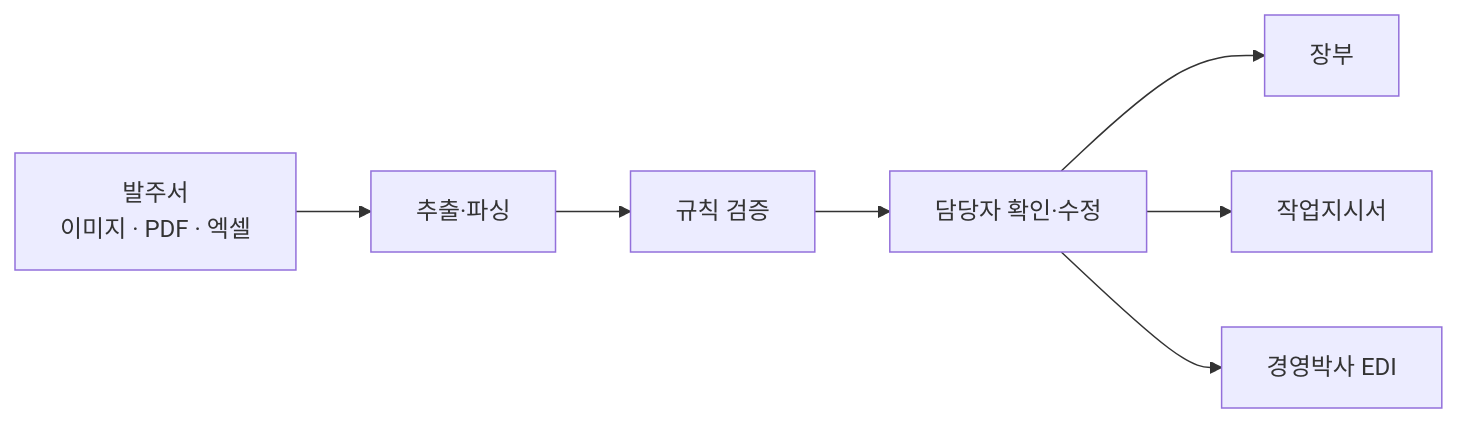
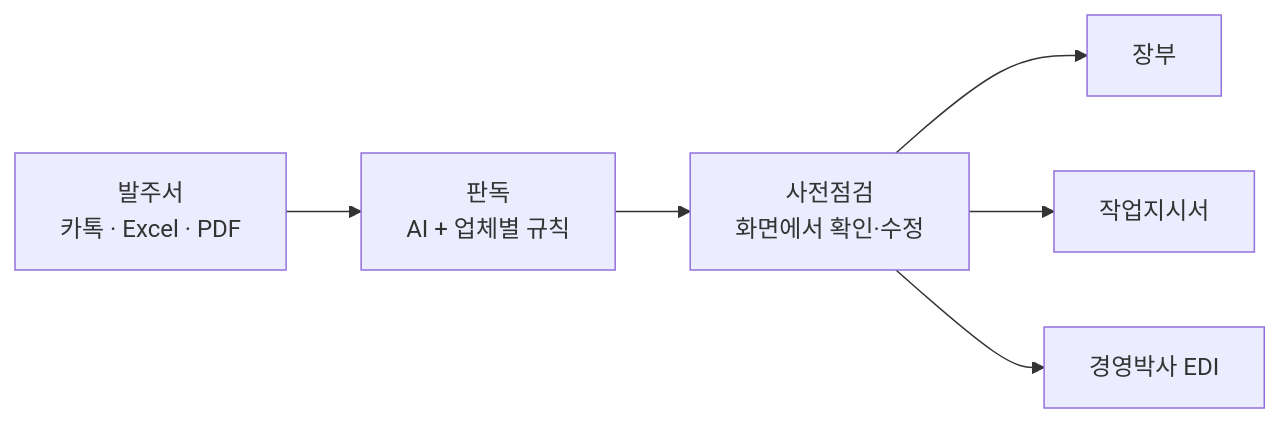
Before and after one commit to sieunzzz/FitOrder: the diagram in README.md, drawn with Mermaid. The commit also changed other lines of this file and 192 other files, not shown here.

````diff
--- a/README.md
+++ b/README.md
@@ -32,9 +21,8 @@
 ```mermaid
 flowchart LR
-    A["발주서<br/>이미지 · PDF · 엑셀"] --> B["추출·파싱"]
-    B --> C["규칙 검증"]
-    C --> D["담당자 확인·수정"]
-    D --> E["장부"]
-    D --> F["작업지시서"]
-    D --> G["경영박사 EDI"]
+    A["발주서<br/>카톡 · Excel · PDF"] --> B["판독<br/>AI + 업체별 규칙"]
+    B --> C["사전점검<br/>화면에서 확인·수정"]
+    C --> D["장부"]
+    C --> E["작업지시서"]
+    C --> F["경영박사 EDI"]
 ```
````
